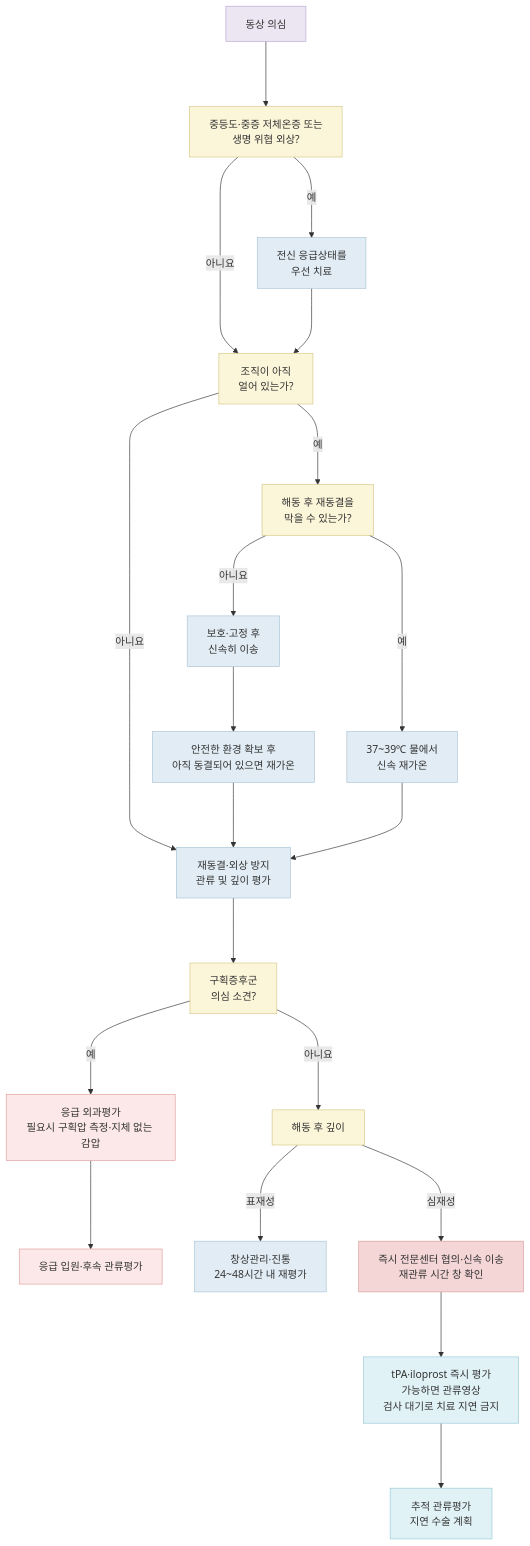
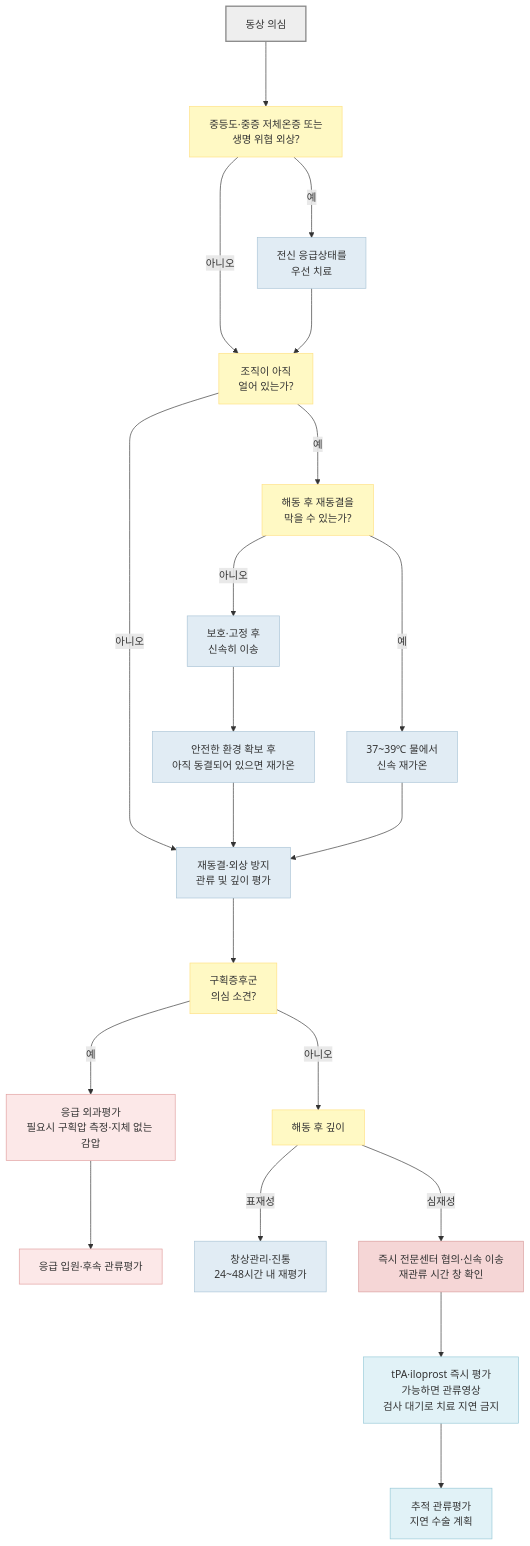
Before and after one commit to familyoh77/familyoh77: the diagram in 230_/208_-cold-injury.md, drawn with Mermaid. The commit also changed other lines of this file and 4 other files, not shown here.

````diff
--- a/230_/208_-cold-injury.md
+++ b/230_/208_-cold-injury.md
@@ -99,38 +100,37 @@
 ```mermaid
 flowchart TD
     ROOT["동상 의심"] ---> SYS["중등도·중증 저체온증 또는<br/>생명 위협 외상?"]
-    SYS --->|예| SYS_TX["전신 응급상태를<br/>우선 치료"]
-    SYS --->|아니요| FROZEN["조직이 아직<br/>얼어 있는가?"]
+    SYS --->|"예"| SYS_TX["전신 응급상태를<br/>우선 치료"]
+    SYS --->|"아니오"| FROZEN["조직이 아직<br/>얼어 있는가?"]
     SYS_TX ---> FROZEN
 
-    FROZEN --->|아니요| PROTECT["재동결·외상 방지<br/>관류 및 깊이 평가"]
-    FROZEN --->|예| REFREEZE["해동 후 재동결을<br/>막을 수 있는가?"]
-    REFREEZE --->|아니요| TRANSFER["보호·고정 후<br/>신속히 이송"]
-    REFREEZE --->|예| REWARM["37~39℃ 물에서<br/>신속 재가온"]
+    FROZEN --->|"아니오"| PROTECT["재동결·외상 방지<br/>관류 및 깊이 평가"]
+    FROZEN --->|"예"| REFREEZE["해동 후 재동결을<br/>막을 수 있는가?"]
+    REFREEZE --->|"아니오"| TRANSFER["보호·고정 후<br/>신속히 이송"]
+    REFREEZE --->|"예"| REWARM["37~39℃ 물에서<br/>신속 재가온"]
     TRANSFER ---> HOSP_REWARM["안전한 환경 확보 후<br/>아직 동결되어 있으면 재가온"]
     HOSP_REWARM ---> PROTECT
     REWARM ---> PROTECT
 
     PROTECT ---> COMP["구획증후군<br/>의심 소견?"]
-    COMP --->|아니요| SEV["해동 후 깊이"]
-    COMP --->|예| PRESSURE["응급 외과평가<br/>필요시 구획압 측정·지체 없는 감압"]
+    COMP --->|"아니오"| SEV["해동 후 깊이"]
+    COMP --->|"예"| PRESSURE["응급 외과평가<br/>필요시 구획압 측정·지체 없는 감압"]
     PRESSURE ---> ADMIT["응급 입원·후속 관류평가"]
-    SEV --->|표재성| SUPER["창상관리·진통<br/>24~48시간 내 재평가"]
-    SEV --->|심재성| DEEP["즉시 전문센터 협의·신속 이송<br/>재관류 시간 창 확인"]
+    SEV --->|"표재성"| SUPER["창상관리·진통<br/>24~48시간 내 재평가"]
+    SEV --->|"심재성"| DEEP["즉시 전문센터 협의·신속 이송<br/>재관류 시간 창 확인"]
     DEEP ---> PERF["tPA·iloprost 즉시 평가<br/>가능하면 관류영상<br/>검사 대기로 치료 지연 금지"]
     PERF ---> FOLLOW["추적 관류평가<br/>지연 수술 계획"]
 
-    classDef purple fill:#ECE6F2,stroke:#B8A7D4,stroke-width:1px;
-    classDef yellow fill:#FBF6D9,stroke:#D6C785,stroke-width:1px;
+    classDef question fill:#fff9c4,stroke:#ffe082;
     classDef blue fill:#E1ECF4,stroke:#A9C4D6,stroke-width:1px;
     classDef pink fill:#F5D6D6,stroke:#D99B9B,stroke-width:1px;
     classDef red fill:#FCE8E8,stroke:#E09E9E,stroke-width:1px;
     classDef cyan fill:#E1F2F7,stroke:#96C9D8,stroke-width:1px;
 
-    class ROOT purple;
-    class SYS,FROZEN,REFREEZE,SEV,COMP yellow;
+    class SYS,FROZEN,REFREEZE,SEV,COMP question;
     class SYS_TX,TRANSFER,HOSP_REWARM,REWARM,PROTECT,SUPER blue;
     class DEEP pink;
     class PRESSURE,ADMIT red;
     class PERF,FOLLOW cyan;
+    style ROOT fill:#eeeeee,stroke:#888888,stroke-width:2px
 ```
````
